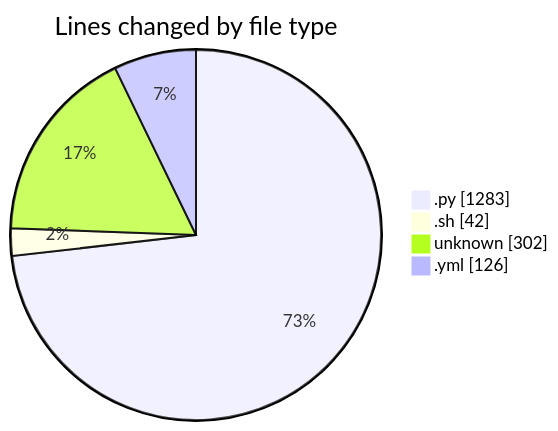
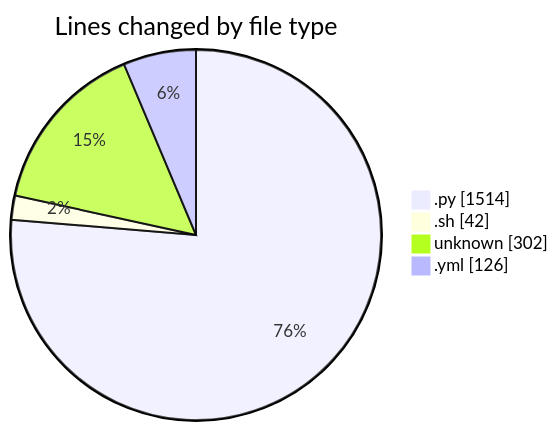
The first of 2 diagrams in 2025-05-14/niten/README.md (Elitesun/code-tracking), drawn with Mermaid before and after one commit. The commit also changed other lines of this file and 1 other file, not shown here.

````diff
--- a/2025-05-14/niten/README.md
+++ b/2025-05-14/niten/README.md
@@ -34,8 +37,8 @@
 ```mermaid
 pie showData
 title Lines changed by file type
-".py" : 1283
+".py" : 1514
 ".sh" : 42
 "unknown" : 302
 ".yml" : 126
 ```
````
